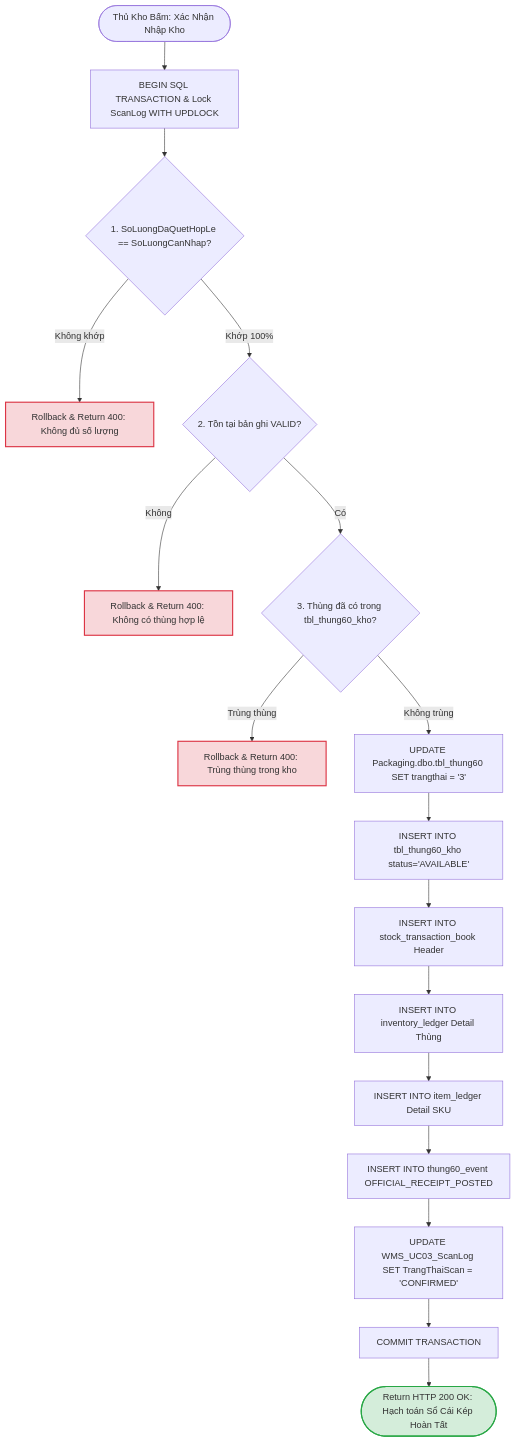
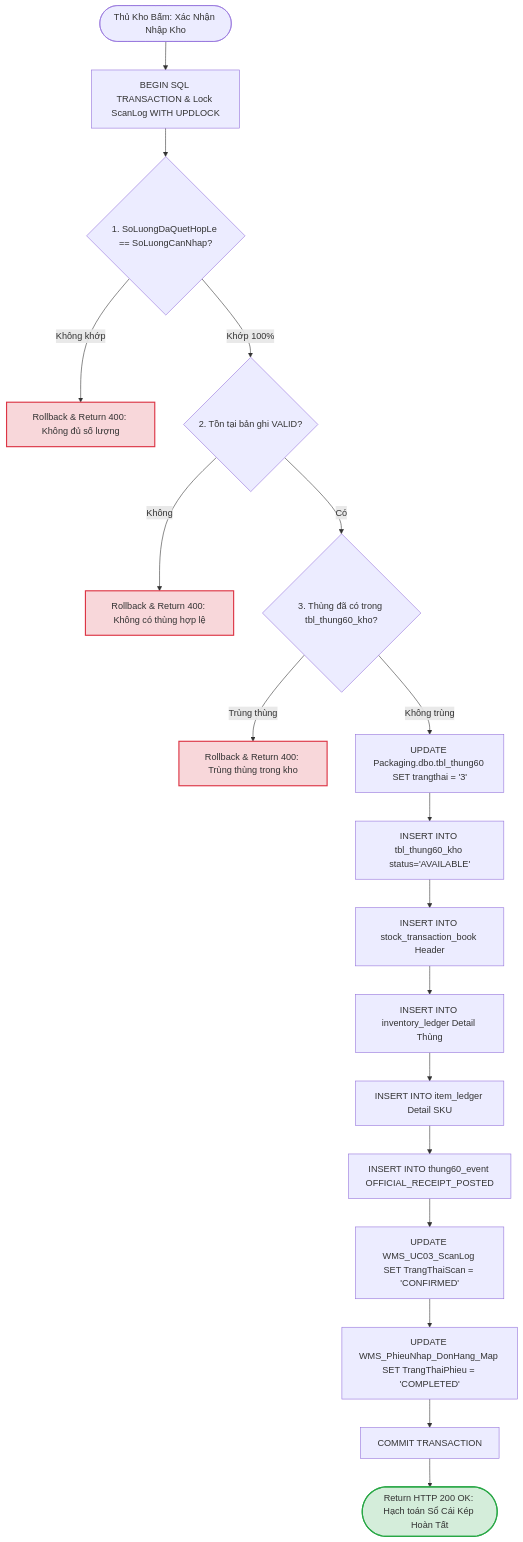
One commit to Sohoa-KNSG/wms1 changed the second of 3 diagrams in 02_Process_UseCase/UC04_Pending_Handover.md. Above: the diagram before and after it, drawn with Mermaid. The commit also changed other lines of this file and 1 other file, not shown here.

````diff
--- a/02_Process_UseCase/UC04_Pending_Handover.md
+++ b/02_Process_UseCase/UC04_Pending_Handover.md
@@ -333,32 +333,33 @@
 ```mermaid
 flowchart TD
     Start([Thủ Kho Bấm: Xác Nhận Nhập Kho]) --> LockLog[BEGIN SQL TRANSACTION & Lock ScanLog WITH UPDLOCK]
     
     LockLog --> CheckQty{1. SoLuongDaQuetHopLe == SoLuongCanNhap?}
     CheckQty -- Không khớp --> ERR1[Rollback & Return 400: Không đủ số lượng]
     
     CheckQty -- Khớp 100% --> CheckExist{2. Tồn tại bản ghi VALID?}
     CheckExist -- Không --> ERR2[Rollback & Return 400: Không có thùng hợp lệ]
     
     CheckExist -- Có --> CheckDup{3. Thùng đã có trong tbl_thung60_kho?}
     CheckDup -- Trùng thùng --> ERR3[Rollback & Return 400: Trùng thùng trong kho]
     
     CheckDup -- Không trùng --> UpdatePKG[UPDATE Packaging.dbo.tbl_thung60 SET trangthai = '3']
     UpdatePKG --> InsertStock[INSERT INTO tbl_thung60_kho status='AVAILABLE']
     
     InsertStock --> PostTxHeader[INSERT INTO stock_transaction_book Header]
     PostTxHeader --> PostInvLedger[INSERT INTO inventory_ledger Detail Thùng]
     PostInvLedger --> PostItemLedger[INSERT INTO item_ledger Detail SKU]
     
     PostItemLedger --> PostEvent[INSERT INTO thung60_event OFFICIAL_RECEIPT_POSTED]
     PostEvent --> SetConfirmed[UPDATE WMS_UC03_ScanLog SET TrangThaiScan = 'CONFIRMED']
+    SetConfirmed --> SetMap[UPDATE WMS_PhieuNhap_DonHang_Map SET TrangThaiPhieu = 'COMPLETED']
     
-    SetConfirmed --> CommitTx[COMMIT TRANSACTION]
+    SetMap --> CommitTx[COMMIT TRANSACTION]
     CommitTx --> End([Return HTTP 200 OK: Hạch toán Sổ Cái Kép Hoàn Tất])
 
     classDef valid fill:#d4edda,stroke:#28a745,stroke-width:2px;
     classDef invalid fill:#f8d7da,stroke:#dc3545,stroke-width:2px;
     
     class End valid;
     class ERR1,ERR2,ERR3 invalid;
 ```
````
